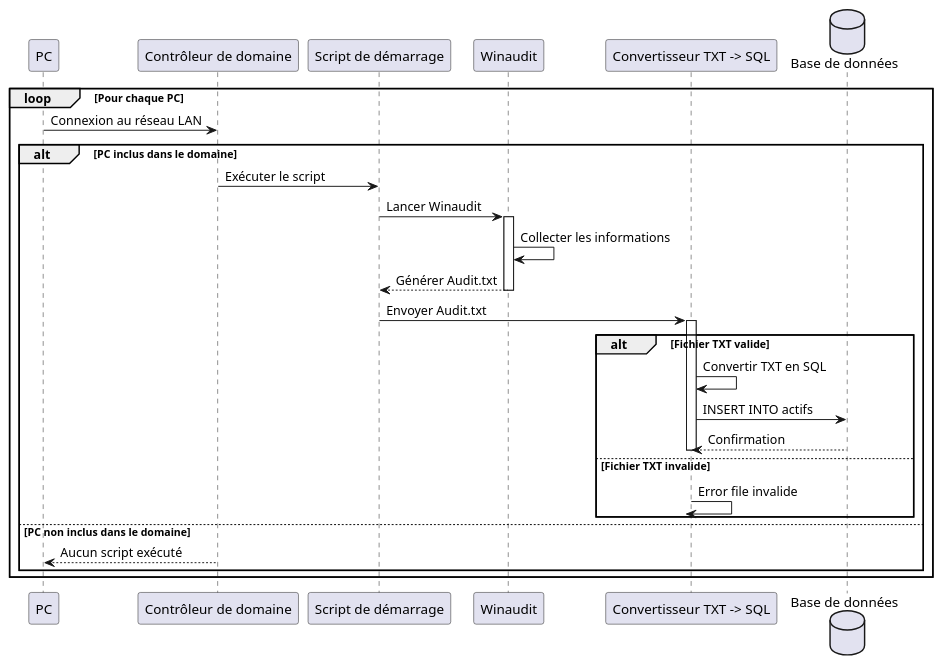
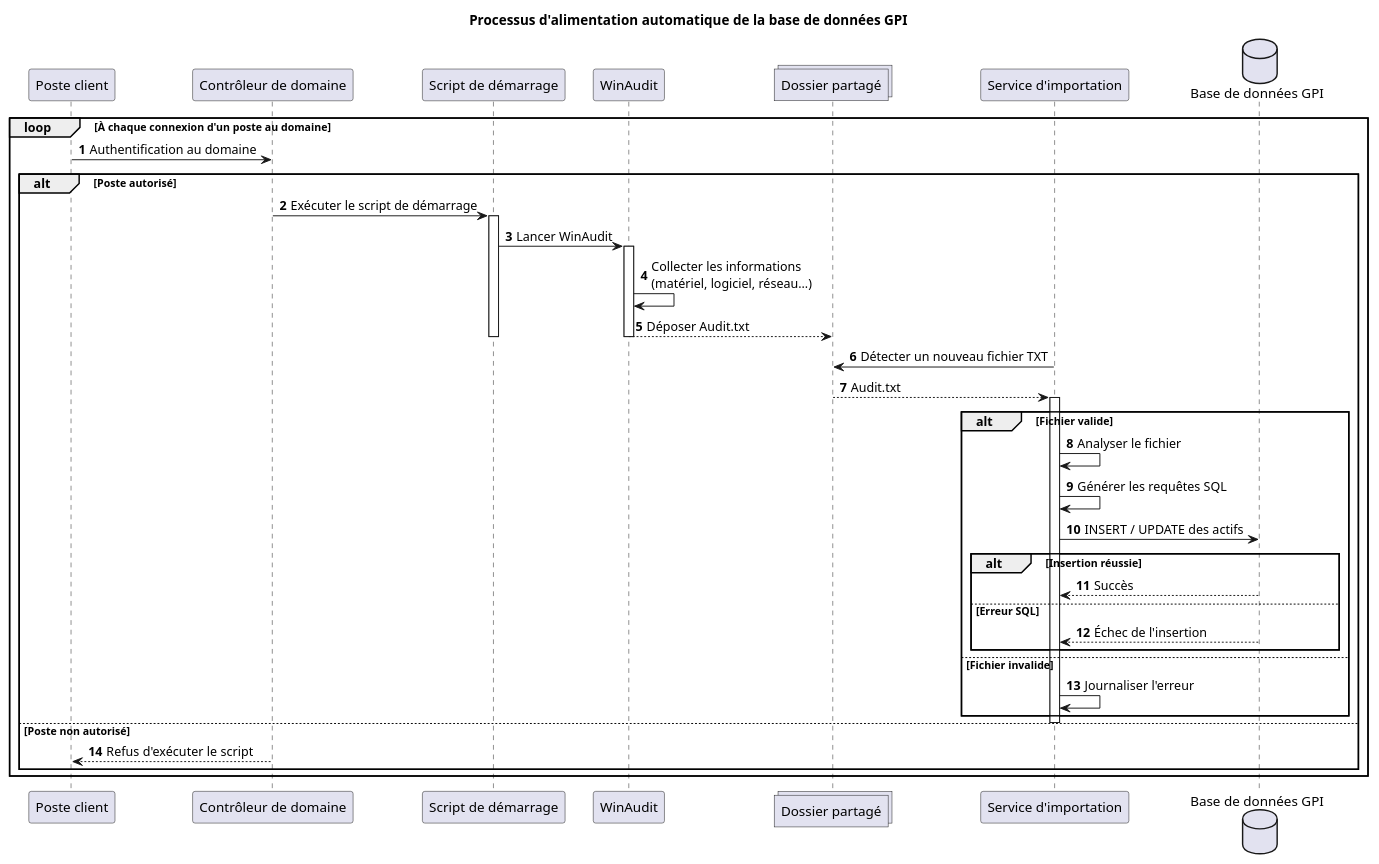
Before and after one commit to ratsimandresyy/GPI_Artec: the diagram in Plans_de_conception_du_GPI/sequence_proto_1.puml, drawn with PlantUML. The commit also changed 1 other file, not shown here.

Commit message:
commit 2 : amelioration des diagrammes

```diff
--- a/Plans_de_conception_du_GPI/sequence_proto_1.puml
+++ b/Plans_de_conception_du_GPI/sequence_proto_1.puml
@@ -1,46 +1,72 @@
-@startuml SequenceProto1
+@startuml Sequence_GPI
 
-participant PC
+title Processus d'alimentation automatique de la base de données GPI
+
+autonumber
+
+participant "Poste client" as PC
 participant "Contrôleur de domaine" as DC
 participant "Script de démarrage" as Script
-participant Winaudit
-participant "Convertisseur TXT -> SQL" as Convert
-database "Base de données" as DB
+participant "WinAudit" as WA
+collections "Dossier partagé" as Share
+participant "Service d'importation" as Import
+database "Base de données GPI" as DB
 
-loop Pour chaque PC
+loop À chaque connexion d'un poste au domaine
 
-    PC -> DC : Connexion au réseau LAN
+    PC -> DC : Authentification au domaine
 
-    alt PC inclus dans le domaine
+    alt Poste autorisé
 
-        DC -> Script : Exécuter le script
+        DC -> Script : Exécuter le script de démarrage
+        activate Script
 
-        Script -> Winaudit : Lancer Winaudit
+        Script -> WA : Lancer WinAudit
+        activate WA
 
-        activate Winaudit
-        Winaudit -> Winaudit : Collecter les informations
-        Winaudit --> Script : Générer Audit.txt
-        deactivate Winaudit
+        WA -> WA : Collecter les informations\n(matériel, logiciel, réseau...)
 
-        Script -> Convert : Envoyer Audit.txt
+        WA --> Share : Déposer Audit.txt
 
-        activate Convert
-        alt Fichier TXT valide
-            Convert -> Convert : Convertir TXT en SQL
-            Convert -> DB : INSERT INTO actifs
-            DB --> Convert : Confirmation
-            deactivate Convert
-        else Fichier TXT invalide
-            Convert -> Convert : Error file invalide
-            deactivate Convert
+        deactivate WA
+        deactivate Script
+
+        Import -> Share : Détecter un nouveau fichier TXT
+        Share --> Import : Audit.txt
+
+        activate Import
+
+        alt Fichier valide
+
+            Import -> Import : Analyser le fichier
+            Import -> Import : Générer les requêtes SQL
+
+            Import -> DB : INSERT / UPDATE des actifs
+
+            alt Insertion réussie
+
+                DB --> Import : Succès
+
+            else Erreur SQL
+
+                DB --> Import : Échec de l'insertion
+
+            end
+
+        else Fichier invalide
+
+            Import -> Import : Journaliser l'erreur
+
         end
 
-    else PC non inclus dans le domaine
+        deactivate Import
 
-        DC --> PC : Aucun script exécuté
+    else Poste non autorisé
+
+        DC --> PC : Refus d'exécuter le script
 
     end
 
 end
 
 @enduml
```
